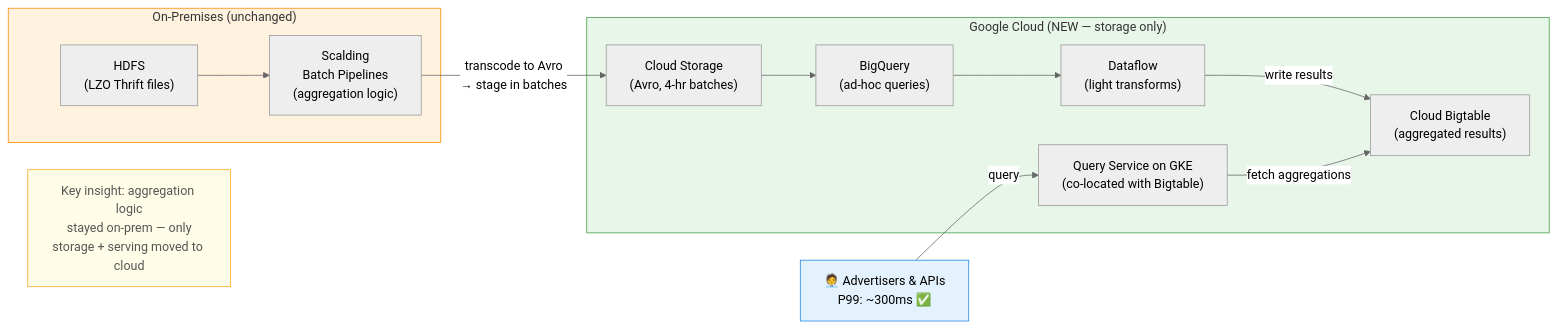
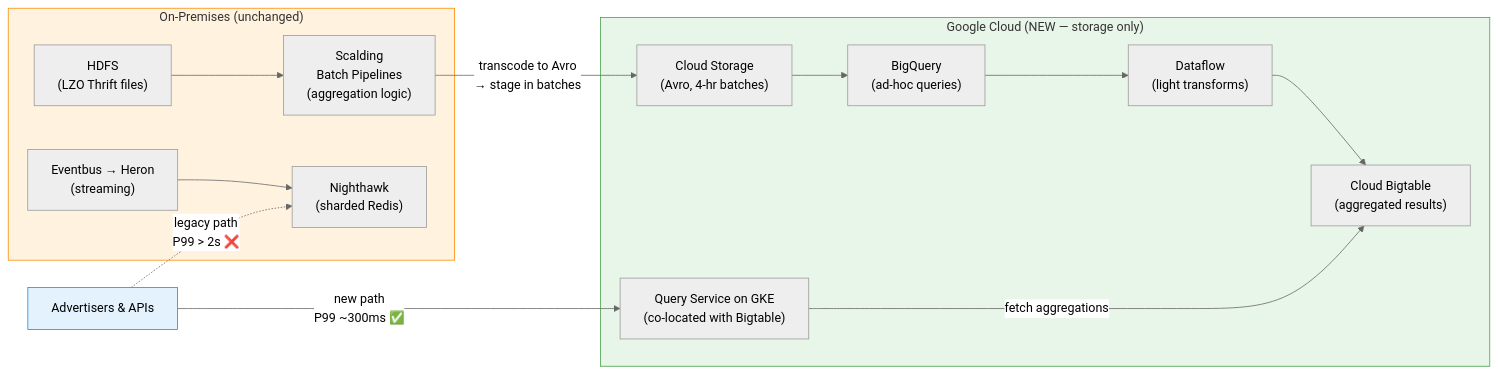
One commit to lfariabr/masters-swe-ai changed the first of 2 diagrams in 2026-T1/CCF/modules/module_08_deployment-case-studies/module08_notes.md. Above: the diagram before and after it, drawn with Mermaid (neutral theme).

Commit message:
feat(study-ccf501): restore Nighthawk legacy path in iteration 1 diagram (Relates #110)

````diff
--- a/2026-T1/CCF/modules/module_08_deployment-case-studies/module08_notes.md
+++ b/2026-T1/CCF/modules/module_08_deployment-case-studies/module08_notes.md
@@ -89,32 +89,29 @@
 ```mermaid
 flowchart LR
     subgraph OnPrem["On-Premises (unchanged)"]
         HDFS["HDFS\n(LZO Thrift files)"]
         Scalding["Scalding\nBatch Pipelines\n(aggregation logic)"]
+        Eventbus["Eventbus → Heron\n(streaming)"]
+        Nighthawk["Nighthawk\n(sharded Redis)"]
     end
 
     subgraph GCloud["Google Cloud (NEW — storage only)"]
         CS["Cloud Storage\n(Avro, 4-hr batches)"]
         BQ["BigQuery\n(ad-hoc queries)"]
         DF["Dataflow\n(light transforms)"]
         BT["Cloud Bigtable\n(aggregated results)"]
         GKE["Query Service on GKE\n(co-located with Bigtable)"]
     end
 
-    Advertisers["🧑‍💼 Advertisers & APIs\nP99: ~300ms ✅"]
+    Advertisers["Advertisers & APIs"]
 
-    HDFS --> Scalding
-    Scalding -- "transcode to Avro\n→ stage in batches" --> CS
-    CS --> BQ
-    BQ --> DF
-    DF -- "write results" --> BT
+    HDFS --> Scalding -- "transcode to Avro\n→ stage in batches" --> CS --> BQ --> DF --> BT
+    Eventbus --> Nighthawk
     GKE -- "fetch aggregations" --> BT
-    Advertisers -- "query" --> GKE
-
-    note["Key insight: aggregation logic\nstayed on-prem — only\nstorage + serving moved to cloud"]
+    Advertisers -- "new path\nP99 ~300ms ✅" --> GKE
+    Advertisers -. "legacy path\nP99 > 2s ❌" .-> Nighthawk
 
     style GCloud fill:#e8f5e9,stroke:#43a047
     style OnPrem fill:#fff3e0,stroke:#fb8c00
-    style Advertisers fill:#e3f2fd,stroke:#1e88e5,color:#000
-    style note fill:#fffde7,stroke:#f9a825,color:#555
+    style Advertisers fill:#e3f2fd,stroke:#1e88e5
 ```
````
